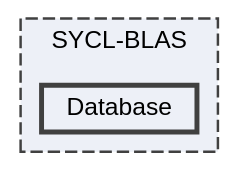
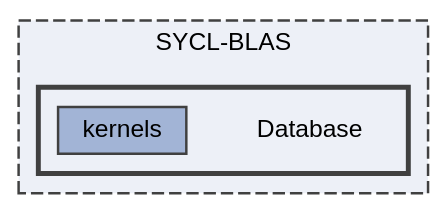
The diagram in docs/dir_8070875571067a96e036d351d93dad98_dep.dot (Mayukh-Banik/SYCL-BLAS), drawn with Graphviz before and after one commit. The commit also changed 261 other files, not shown here.

```diff
--- a/docs/dir_8070875571067a96e036d351d93dad98_dep.dot
+++ b/docs/dir_8070875571067a96e036d351d93dad98_dep.dot
@@ -1,12 +1,16 @@
 digraph "SYCL-BLAS/Database"
 {
  // LATEX_PDF_SIZE
   bgcolor="transparent";
   edge [fontname=Helvetica,fontsize=10,labelfontname=Helvetica,labelfontsize=10];
   node [fontname=Helvetica,fontsize=10,shape=box,height=0.2,width=0.4];
   compound=true
   subgraph clusterdir_2e9f169625e7208e21be673b418e5949 {
     graph [ bgcolor="#edf0f7", pencolor="grey25", label="SYCL-BLAS", fontname=Helvetica,fontsize=10 style="filled,dashed", URL="dir_2e9f169625e7208e21be673b418e5949.html",tooltip=""]
-  dir_8070875571067a96e036d351d93dad98 [label="Database", fillcolor="#edf0f7", color="grey25", style="filled,bold", URL="dir_8070875571067a96e036d351d93dad98.html",tooltip=""];
+  subgraph clusterdir_8070875571067a96e036d351d93dad98 {
+    graph [ bgcolor="#edf0f7", pencolor="grey25", label="", fontname=Helvetica,fontsize=10 style="filled,bold", URL="dir_8070875571067a96e036d351d93dad98.html",tooltip=""]
+    dir_8070875571067a96e036d351d93dad98 [shape=plaintext, label="Database"];
+  dir_3d03b99f55103a403167d4c76fc0f6e1 [label="kernels", fillcolor="#a2b4d6", color="grey25", style="filled", URL="dir_3d03b99f55103a403167d4c76fc0f6e1.html",tooltip=""];
+  }
   }
 }
```
